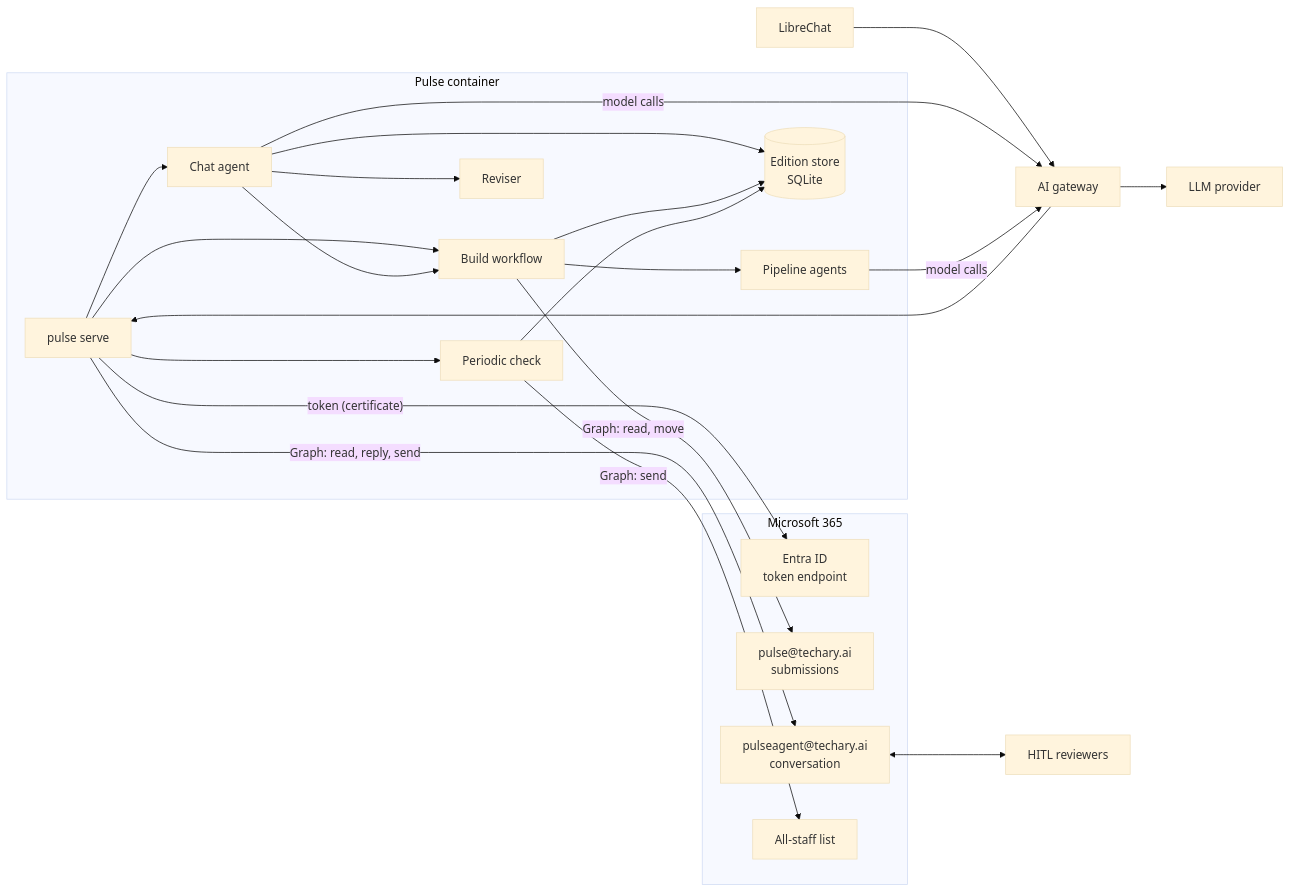
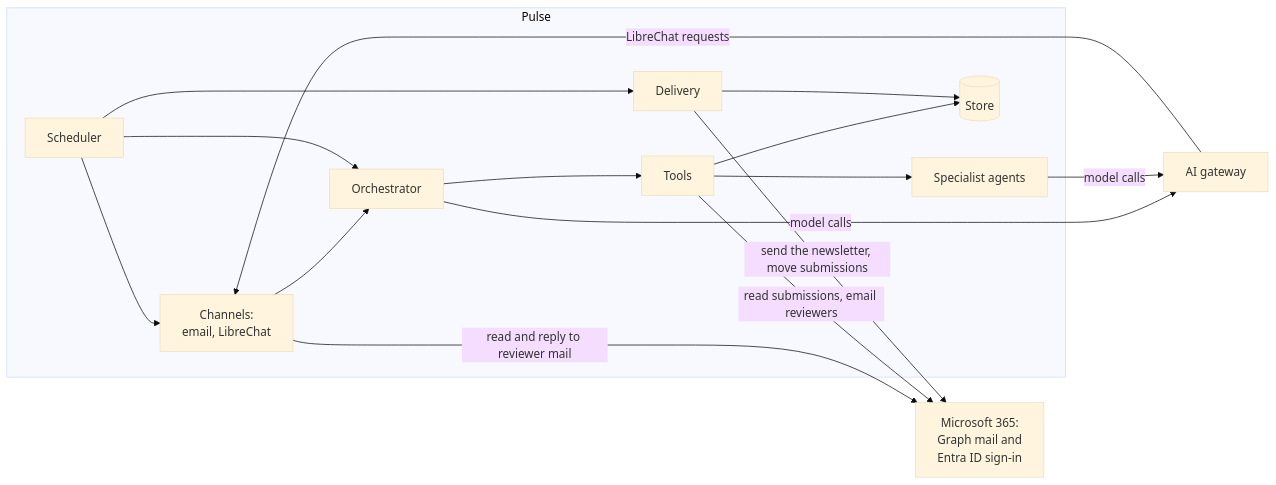
Before and after one commit to TecharyBenN/techary-pulse: the first of 2 diagrams in docs/techary-pulse-design.md, drawn with Mermaid (base theme). The commit also changed other lines of this file and 1 other file, not shown here.

````diff
--- a/docs/techary-pulse-design.md
+++ b/docs/techary-pulse-design.md
@@ -40,30 +35,28 @@
 ```mermaid
 flowchart LR
-    subgraph HOST["Pulse container"]
-        SV["pulse serve"] --> CA["Chat agent"]
-        SV --> BW["Build workflow"]
-        SV --> SJ["Periodic check"]
-        CA --> BW
-        CA --> RV["Reviser"]
-        BW --> PA["Pipeline agents"]
-        CA --> DB[("Edition store<br/>SQLite")]
-        BW --> DB
-        SJ --> DB
+    subgraph PULSE["Pulse"]
+        CH["Channels:<br/>email, LibreChat"]
+        SC["Scheduler"]
+        OR["Orchestrator"]
+        TL["Tools"]
+        SP["Specialist agents"]
+        DL["Delivery"]
+        DB[("Store")]
+        CH --> OR
+        SC --> CH
+        SC --> OR
+        SC --> DL
+        OR --> TL
+        TL --> SP
+        TL --> DB
+        DL --> DB
     end
-    subgraph M365["Microsoft 365"]
-        ENTRA["Entra ID<br/>token endpoint"]
-        SUB["pulse@techary.ai<br/>submissions"]
-        CONV["pulseagent@techary.ai<br/>conversation"]
-        ALL["All-staff list"]
-    end
-    LC["LibreChat"] --> GW["AI gateway"]
-    GW --> SV
-    CA -- "model calls" --> GW
-    PA -- "model calls" --> GW
-    GW --> LLM["LLM provider"]
-    SV -- "token (certificate)" --> ENTRA
-    BW -- "Graph: read, move" --> SUB
-    SV -- "Graph: read, reply, send" --> CONV
-    SJ -- "Graph: send" --> ALL
-    CONV <--> R["HITL reviewers"]
+    GW["AI gateway"]
+    M365["Microsoft 365:<br/>Graph mail and<br/>Entra ID sign-in"]
+    GW -- "LibreChat requests" --> CH
+    OR -- "model calls" --> GW
+    SP -- "model calls" --> GW
+    CH -- "read and reply to reviewer mail" --> M365
+    TL -- "read submissions, email reviewers" --> M365
+    DL -- "send the newsletter, move submissions" --> M365
 ```
````
